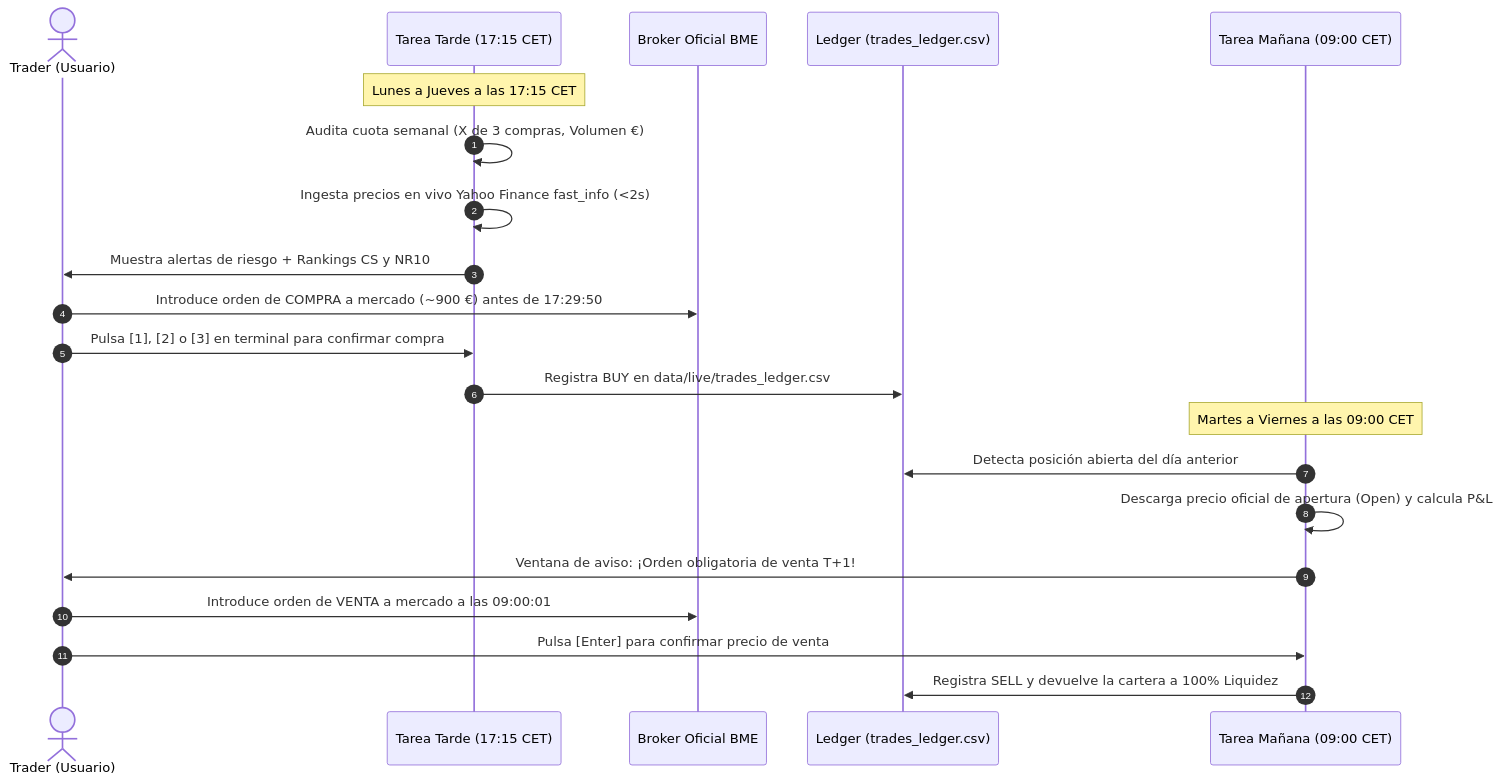
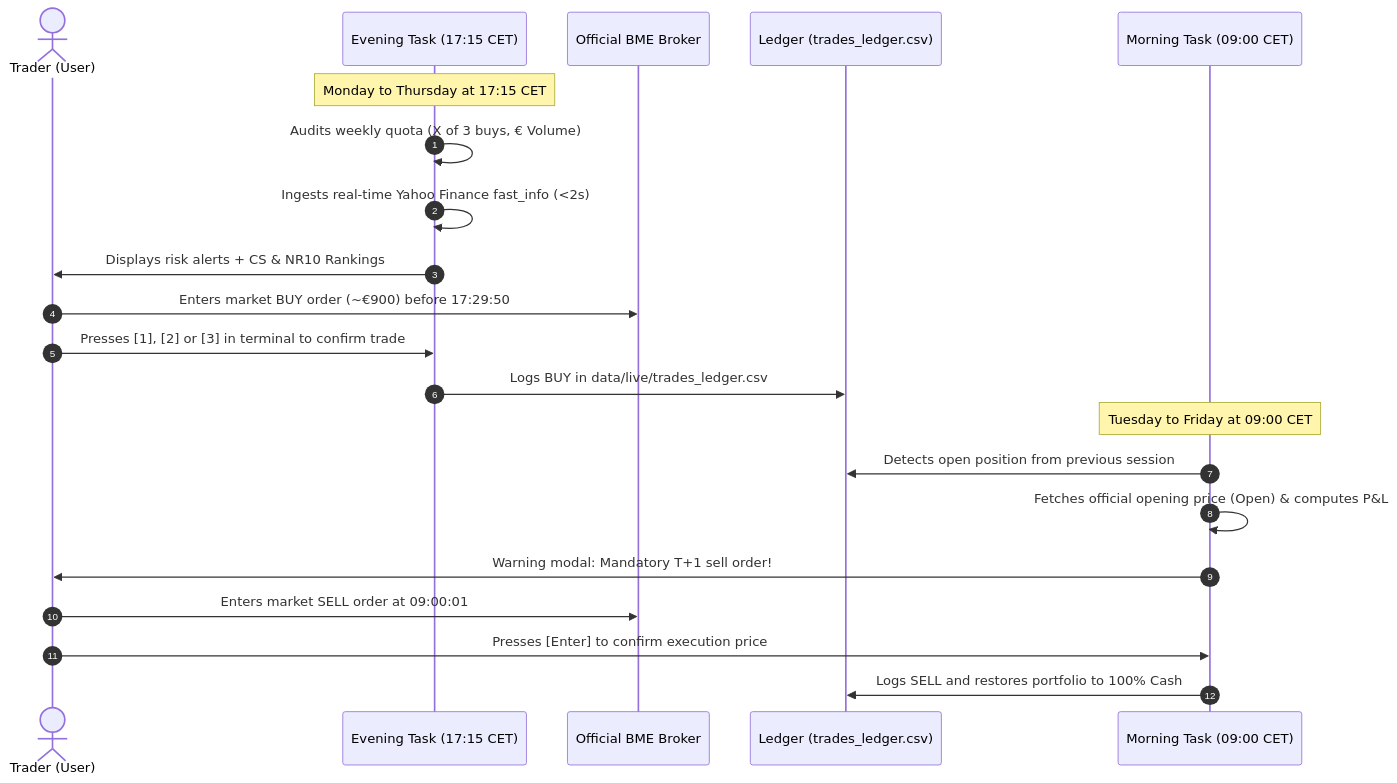
One commit to AnxoH/bme-contest changed the second of 2 diagrams in README.md. Above: the diagram before and after it, drawn with Mermaid. The commit also changed other lines of this file, not shown here.

````diff
--- a/README.md
+++ b/README.md
@@ -155,25 +155,25 @@
 ```mermaid
 sequenceDiagram
     autonumber
-    actor Trader as Trader (Usuario)
-    participant Eve as Tarea Tarde (17:15 CET)
-    participant Broker as Broker Oficial BME
+    actor Trader as Trader (User)
+    participant Eve as Evening Task (17:15 CET)
+    participant Broker as Official BME Broker
     participant Led as Ledger (trades_ledger.csv)
-    participant Morn as Tarea Mañana (09:00 CET)
+    participant Morn as Morning Task (09:00 CET)
 
-    Note over Eve: Lunes a Jueves a las 17:15 CET
-    Eve->>Eve: Audita cuota semanal (X de 3 compras, Volumen €)
-    Eve->>Eve: Ingesta precios en vivo Yahoo Finance fast_info (<2s)
-    Eve->>Trader: Muestra alertas de riesgo + Rankings CS y NR10
-    Trader->>Broker: Introduce orden de COMPRA a mercado (~900 €) antes de 17:29:50
-    Trader->>Eve: Pulsa [1], [2] o [3] en terminal para confirmar compra
-    Eve->>Led: Registra BUY en data/live/trades_ledger.csv
+    Note over Eve: Monday to Thursday at 17:15 CET
+    Eve->>Eve: Audits weekly quota (X of 3 buys, € Volume)
+    Eve->>Eve: Ingests real-time Yahoo Finance fast_info (<2s)
+    Eve->>Trader: Displays risk alerts + CS & NR10 Rankings
+    Trader->>Broker: Enters market BUY order (~€900) before 17:29:50
+    Trader->>Eve: Presses [1], [2] or [3] in terminal to confirm trade
+    Eve->>Led: Logs BUY in data/live/trades_ledger.csv
 
-    Note over Morn: Martes a Viernes a las 09:00 CET
-    Morn->>Led: Detecta posición abierta del día anterior
-    Morn->>Morn: Descarga precio oficial de apertura (Open) y calcula P&L
-    Morn->>Trader: Ventana de aviso: ¡Orden obligatoria de venta T+1!
-    Trader->>Broker: Introduce orden de VENTA a mercado a las 09:00:01
-    Trader->>Morn: Pulsa [Enter] para confirmar precio de venta
-    Morn->>Led: Registra SELL y devuelve la cartera a 100% Liquidez
+    Note over Morn: Tuesday to Friday at 09:00 CET
+    Morn->>Led: Detects open position from previous session
+    Morn->>Morn: Fetches official opening price (Open) & computes P&L
+    Morn->>Trader: Warning modal: Mandatory T+1 sell order!
+    Trader->>Broker: Enters market SELL order at 09:00:01
+    Trader->>Morn: Presses [Enter] to confirm execution price
+    Morn->>Led: Logs SELL and restores portfolio to 100% Cash
 ```
````
